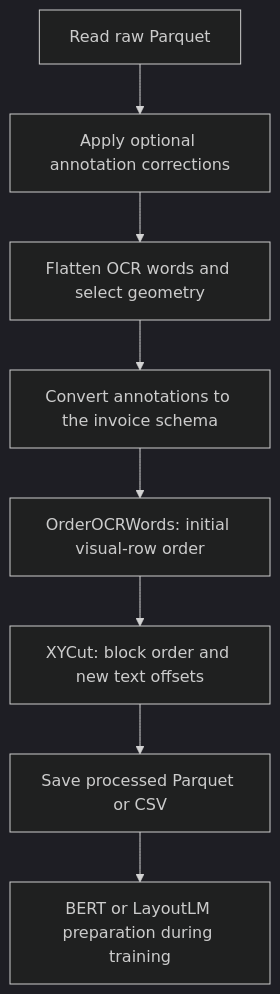
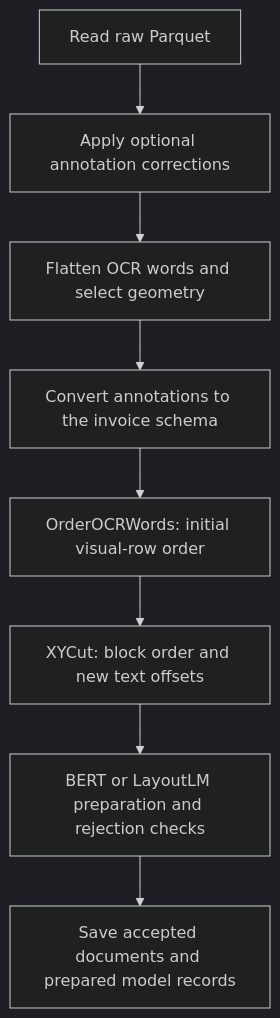
Before and after one commit to vsokoltsov/invoices-ocr: the first of 2 diagrams in docs/xy_cut.md, drawn with Mermaid (dark theme). The commit also changed other lines of this file and 3 other files, not shown here.

Commit message:
Explain full preparation and model-specific exports

````diff
--- a/docs/xy_cut.md
+++ b/docs/xy_cut.md
@@ -33,10 +33,10 @@
 ```mermaid
 flowchart TD
     A[Read raw Parquet] --> B[Apply optional annotation corrections]
     B --> C[Flatten OCR words and select geometry]
     C --> D[Convert annotations to the invoice schema]
     D --> E[OrderOCRWords: initial visual-row order]
     E --> F[XYCut: block order and new text offsets]
-    F --> G[Save processed Parquet or CSV]
-    G --> H[BERT or LayoutLM preparation during training]
+    F --> G[BERT or LayoutLM preparation and rejection checks]
+    G --> H[Save accepted documents and prepared model records]
 ```
````
